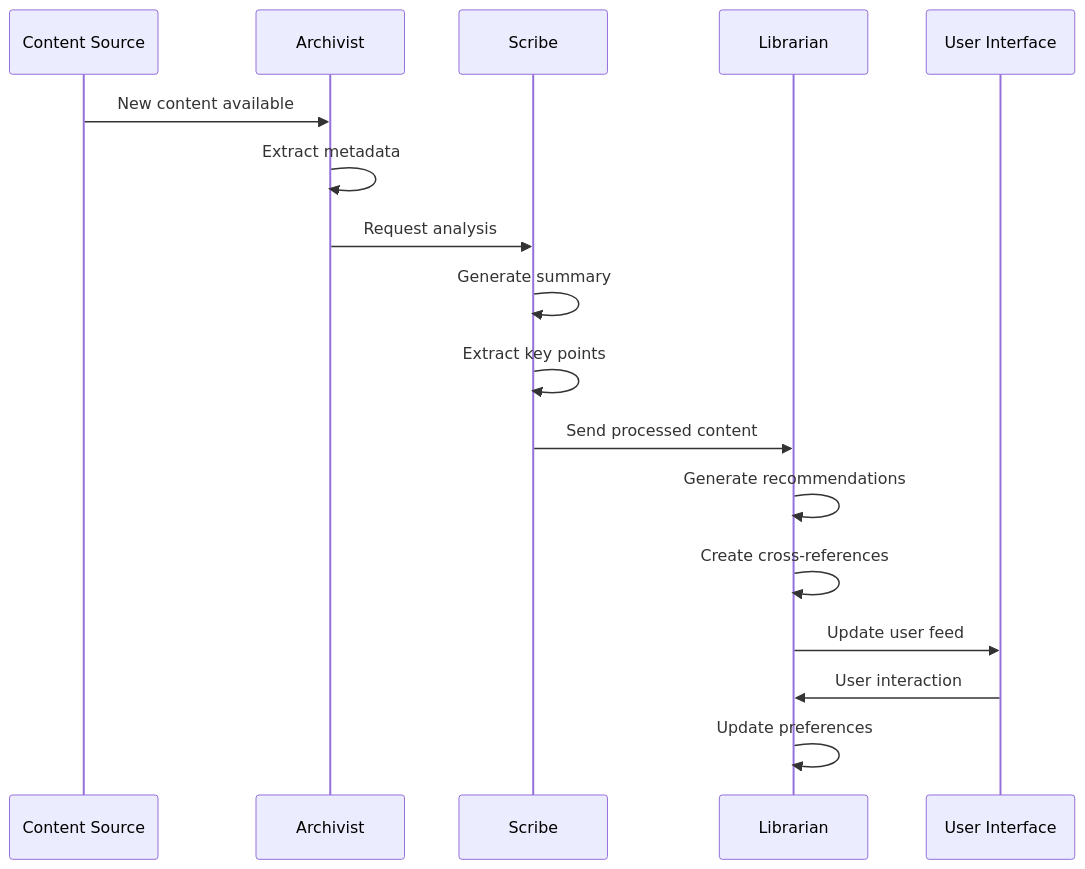
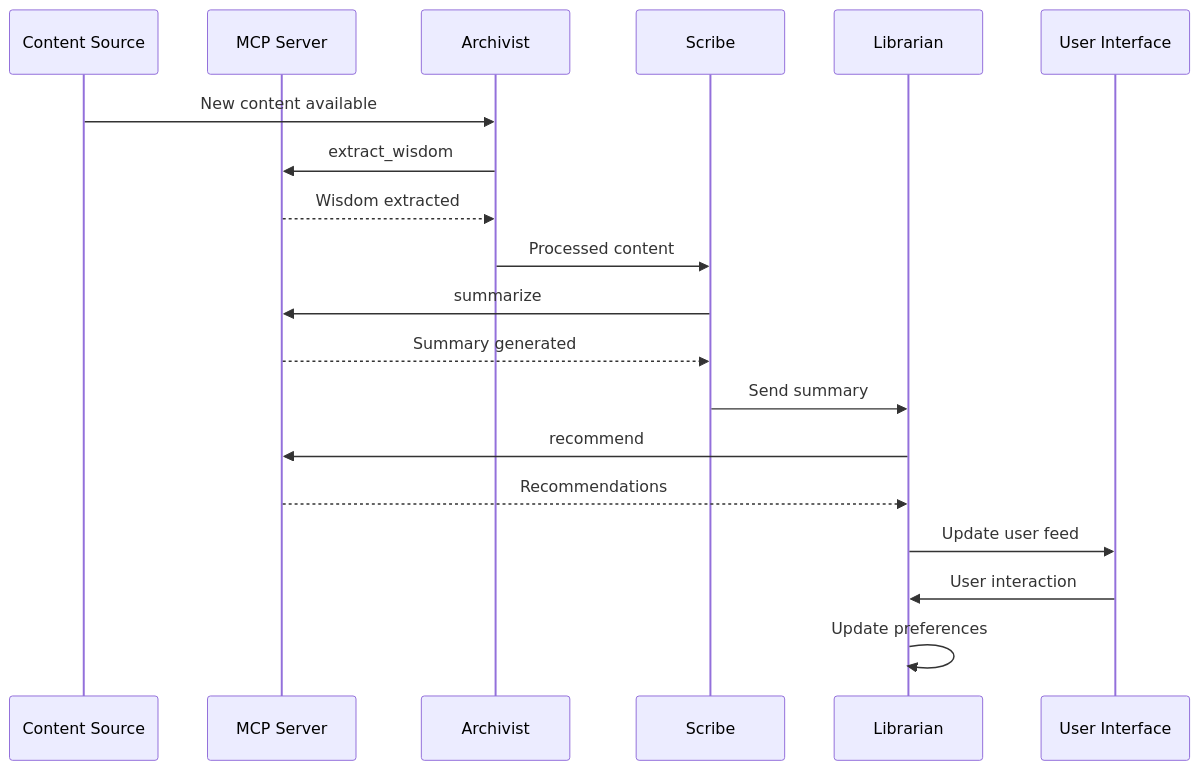
One commit to caramoussin/webinsight changed the third of 4 diagrams in documentations/specifications.md. Above: the diagram before and after it, drawn with Mermaid. The commit also changed other lines of this file and 4 other files, not shown here.

First line of the commit message:
docs: Integrate MCP with Fabric AI for enhanced content processing

````diff
--- a/documentations/specifications.md
+++ b/documentations/specifications.md
@@ -268,20 +193,21 @@
 ```mermaid
 sequenceDiagram
     participant C as Content Source
+    participant MCP as MCP Server
     participant A as Archivist
     participant S as Scribe
     participant L as Librarian
     participant U as User Interface
-
     C->>A: New content available
-    A->>A: Extract metadata
-    A->>S: Request analysis
-    S->>S: Generate summary
-    S->>S: Extract key points
-    S->>L: Send processed content
-    L->>L: Generate recommendations
-    L->>L: Create cross-references
+    A->>MCP: extract_wisdom
+    MCP-->>A: Wisdom extracted
+    A->>S: Processed content
+    S->>MCP: summarize
+    MCP-->>S: Summary generated
+    S->>L: Send summary
+    L->>MCP: recommend
+    MCP-->>L: Recommendations
     L->>U: Update user feed
     U->>L: User interaction
     L->>L: Update preferences
 ```
````
